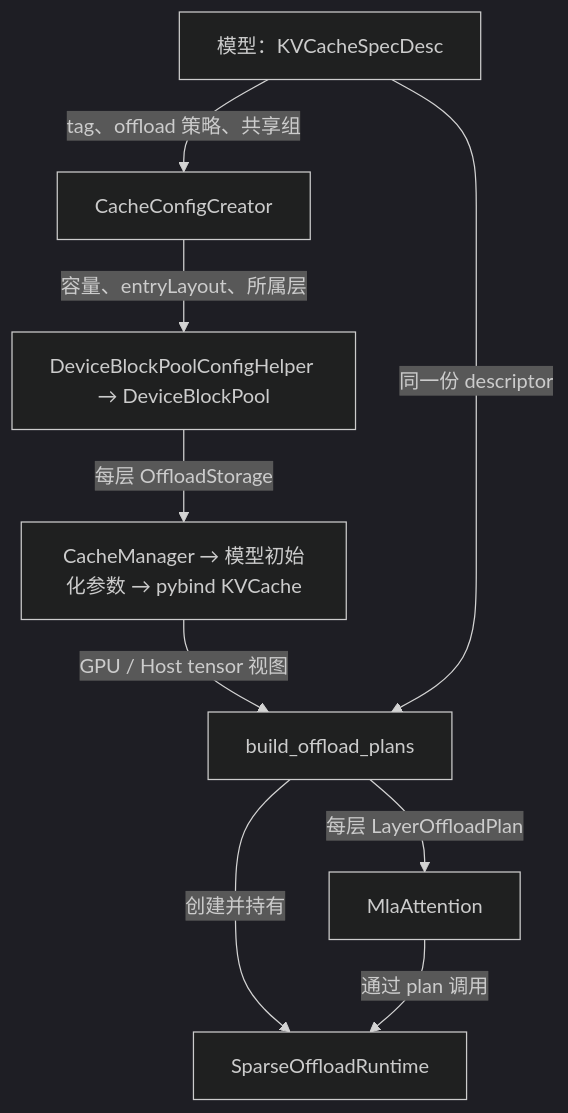
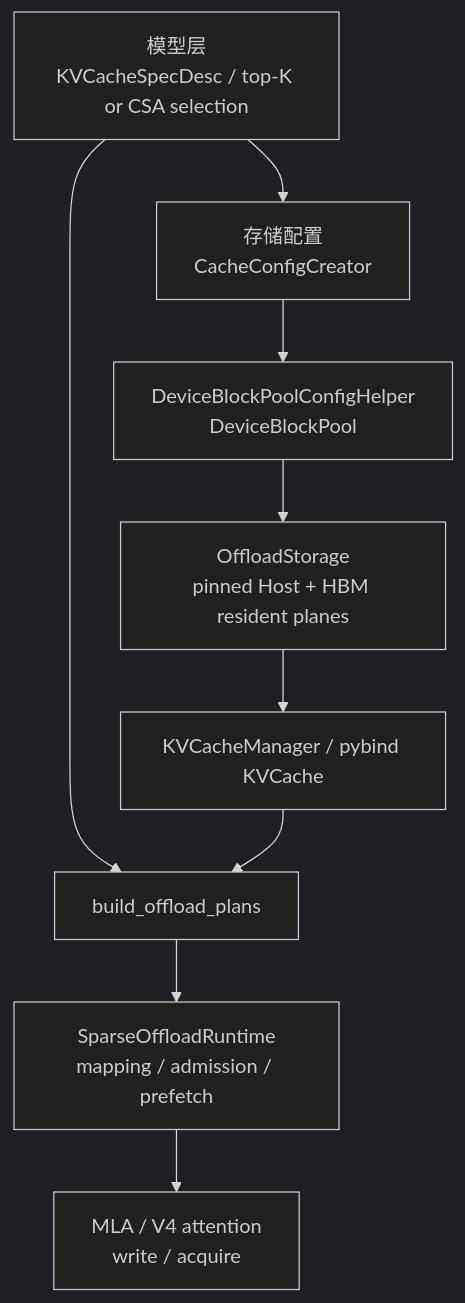
One commit to alibaba/rtp-llm changed the first of 2 diagrams in docs/sparse_kv_offload.md. Above: the diagram before and after it, drawn with Mermaid (dark theme). The commit also changed other lines of this file and 9 other files, not shown here.

````diff
--- a/docs/sparse_kv_offload.md
+++ b/docs/sparse_kv_offload.md
@@ -39,11 +18,11 @@
 ```mermaid
 flowchart TD
-    M["模型：KVCacheSpecDesc"] -->|"tag、offload 策略、共享组"| C["CacheConfigCreator"]
-    C -->|"容量、entryLayout、所属层"| P["DeviceBlockPoolConfigHelper → DeviceBlockPool"]
-    P -->|"每层 OffloadStorage"| K["CacheManager → 模型初始化参数 → pybind KVCache"]
-    K -->|"GPU / Host tensor 视图"| B["build_offload_plans"]
-    M -->|"同一份 descriptor"| B
-    B -->|"创建并持有"| R["SparseOffloadRuntime"]
-    B -->|"每层 LayerOffloadPlan"| A["MlaAttention"]
-    A -->|"通过 plan 调用"| R
+    M["模型层<br/>KVCacheSpecDesc / top-K or CSA selection"] --> C["存储配置<br/>CacheConfigCreator"]
+    C --> P["DeviceBlockPoolConfigHelper<br/>DeviceBlockPool"]
+    P --> S["OffloadStorage<br/>pinned Host + HBM resident planes"]
+    S --> K["KVCacheManager / pybind KVCache"]
+    M --> B["build_offload_plans"]
+    K --> B
+    B --> R["SparseOffloadRuntime<br/>mapping / admission / prefetch"]
+    R --> A["MLA / V4 attention<br/>write / acquire"]
 ```
````
